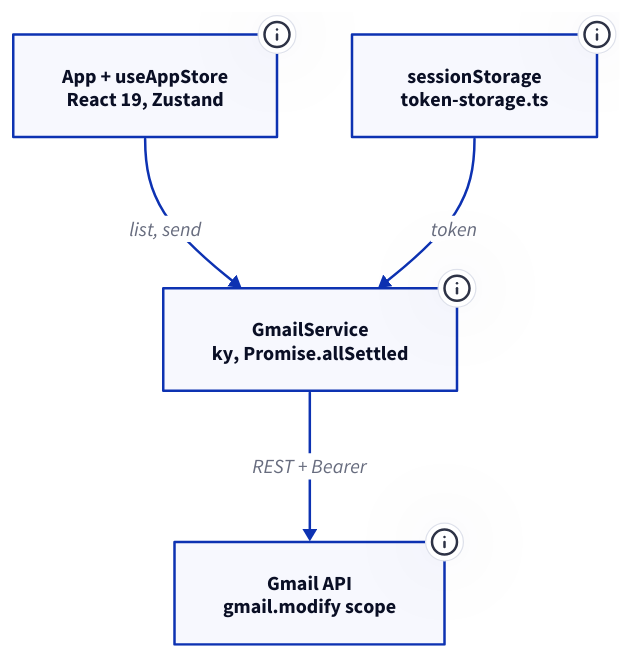
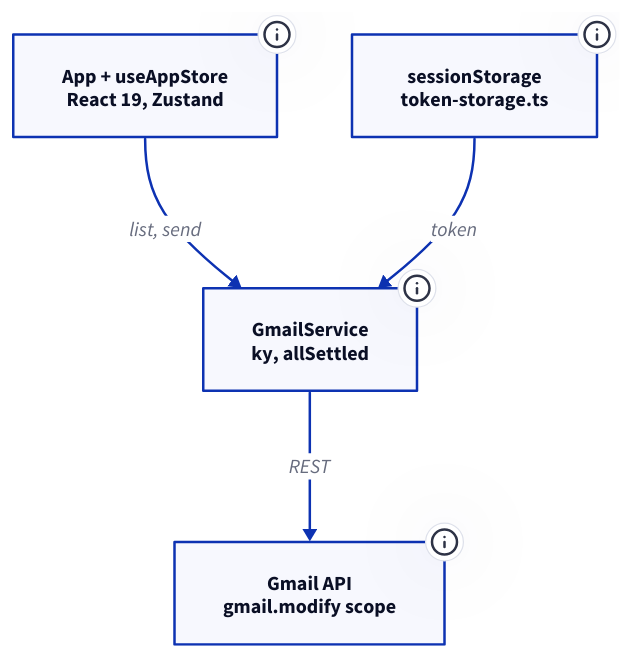
The diagram in data/projects/diagrams/mailflow-ai-mail.d2 (kunalgoesbyken/portfoliov1), drawn with D2 before and after one commit. The commit also changed 50 other files, not shown here.

First line of the commit message:
Fill the column with every architecture diagram

```diff
--- a/data/projects/diagrams/mailflow-ai-mail.d2
+++ b/data/projects/diagrams/mailflow-ai-mail.d2
@@ -1,23 +1,23 @@
 app: App + useAppStore\nReact 19, Zustand {
   class: client
   tooltip: "One Zustand store holds mail per mailbox, filters, the open thread and the composer. Only the user and sign-in flag are persisted. useEmails loads 30 messages at a time, a 30 second timer refetches the current view, and filtering and sorting run client side."
 }
 
 tokens: sessionStorage\ntoken-storage.ts {
   class: store
   tooltip: "The access token that GmailService attaches to every call. It was stored at sign-in, and closing the tab drops it."
 }
 
-gmail: GmailService\nky, Promise.allSettled {
+gmail: GmailService\nky, allSettled {
   class: service
   tooltip: "Calls the Gmail REST API directly with the stored access token. Messages are fetched in parallel with Promise.allSettled, so one failed message is skipped. MIME parts are parsed into a typed model and HTML bodies are sanitised with DOMPurify before rendering."
 }
 
 google: "Gmail API\ngmail.modify scope" {
   class: external
   tooltip: "Called from the browser with the gmail.modify scope and the user's own access token. No server holds the mail."
 }
 
 app -> gmail: list, send
 tokens -> gmail: token
-gmail -> google: REST + Bearer
+gmail -> google: REST
```
